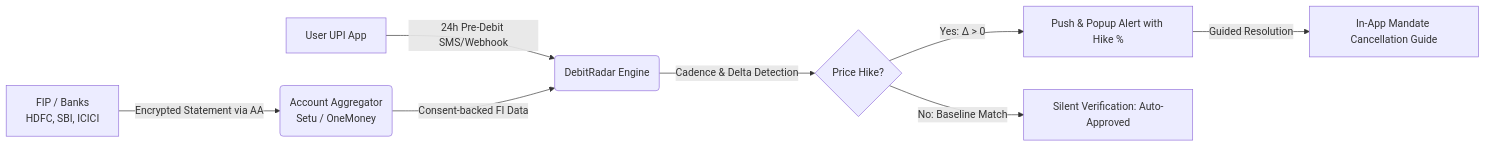
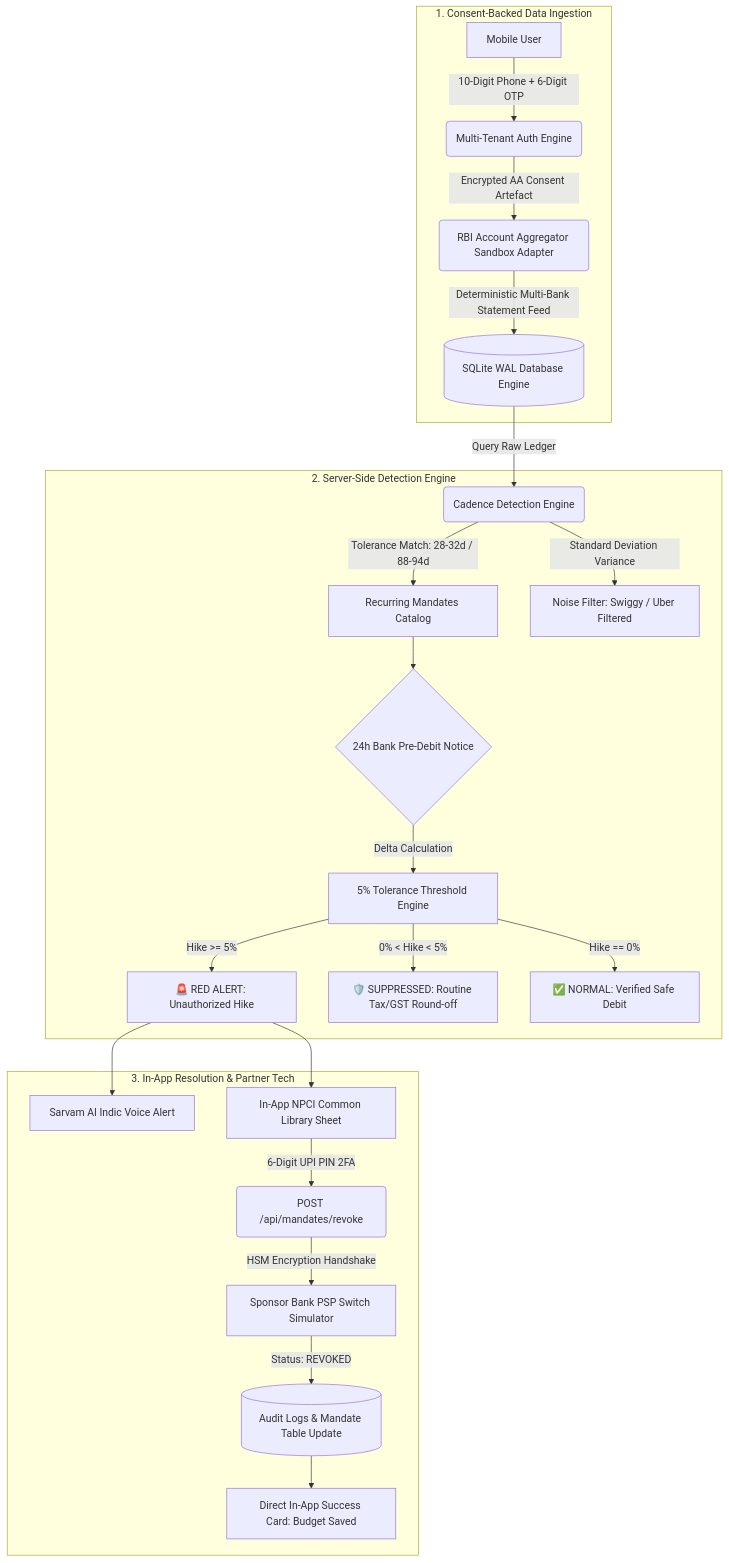
The diagram in README.md (oscoading/debit-radar), drawn with Mermaid before and after one commit. The commit also changed other lines of this file and 10 other files, not shown here.

Commit message:
feat: Release Version 2.0 (DebitRadar Full Stack Upgrade)

````diff
--- a/README.md
+++ b/README.md
@@ -32,10 +57,28 @@
 ```mermaid
-flowchart LR
-    A[User UPI App] -->|24h Pre-Debit SMS/Webhook| B(DebitRadar Engine)
-    C[FIP / Banks\nHDFC, SBI, ICICI] -->|Encrypted Statement via AA| D(Account Aggregator\nSetu / OneMoney)
-    D -->|Consent-backed FI Data| B
-    B -->|Cadence & Delta Detection| E{Price Hike?}
-    E -->|Yes: Δ > 0| F[Push & Popup Alert with Hike %]
-    E -->|No: Baseline Match| G[Silent Verification: Auto-Approved]
-    F -->|Guided Resolution| H[In-App Mandate Cancellation Guide]
+flowchart TD
+    subgraph Ingestion["1. Consent-Backed Data Ingestion"]
+        A[Mobile User] -->|10-Digit Phone + 6-Digit OTP| B(Multi-Tenant Auth Engine)
+        B -->|Encrypted AA Consent Artefact| C(RBI Account Aggregator Sandbox Adapter)
+        C -->|Deterministic Multi-Bank Statement Feed| D[(SQLite WAL Database Engine)]
+    end
+
+    subgraph Intelligence["2. Server-Side Detection Engine"]
+        D -->|Query Raw Ledger| E(Cadence Detection Engine)
+        E -->|Tolerance Match: 28-32d / 88-94d| F[Recurring Mandates Catalog]
+        E -->|Standard Deviation Variance| G[Noise Filter: Swiggy / Uber Filtered]
+        F --> H{24h Bank Pre-Debit Notice}
+        H -->|Delta Calculation| I[5% Tolerance Threshold Engine]
+        I -->|Hike >= 5%| J[🚨 RED ALERT: Unauthorized Hike]
+        I -->|0% < Hike < 5%| K[🛡️ SUPPRESSED: Routine Tax/GST Round-off]
+        I -->|Hike == 0%| L[✅ NORMAL: Verified Safe Debit]
+    end
+
+    subgraph Resolution["3. In-App Resolution & Partner Tech"]
+        J --> M[Sarvam AI Indic Voice Alert]
+        J --> N[In-App NPCI Common Library Sheet]
+        N -->|6-Digit UPI PIN 2FA| O(POST /api/mandates/revoke)
+        O -->|HSM Encryption Handshake| P[Sponsor Bank PSP Switch Simulator]
+        P -->|Status: REVOKED| Q[(Audit Logs & Mandate Table Update)]
+        Q --> R[Direct In-App Success Card: Budget Saved]
+    end
 ```
````
